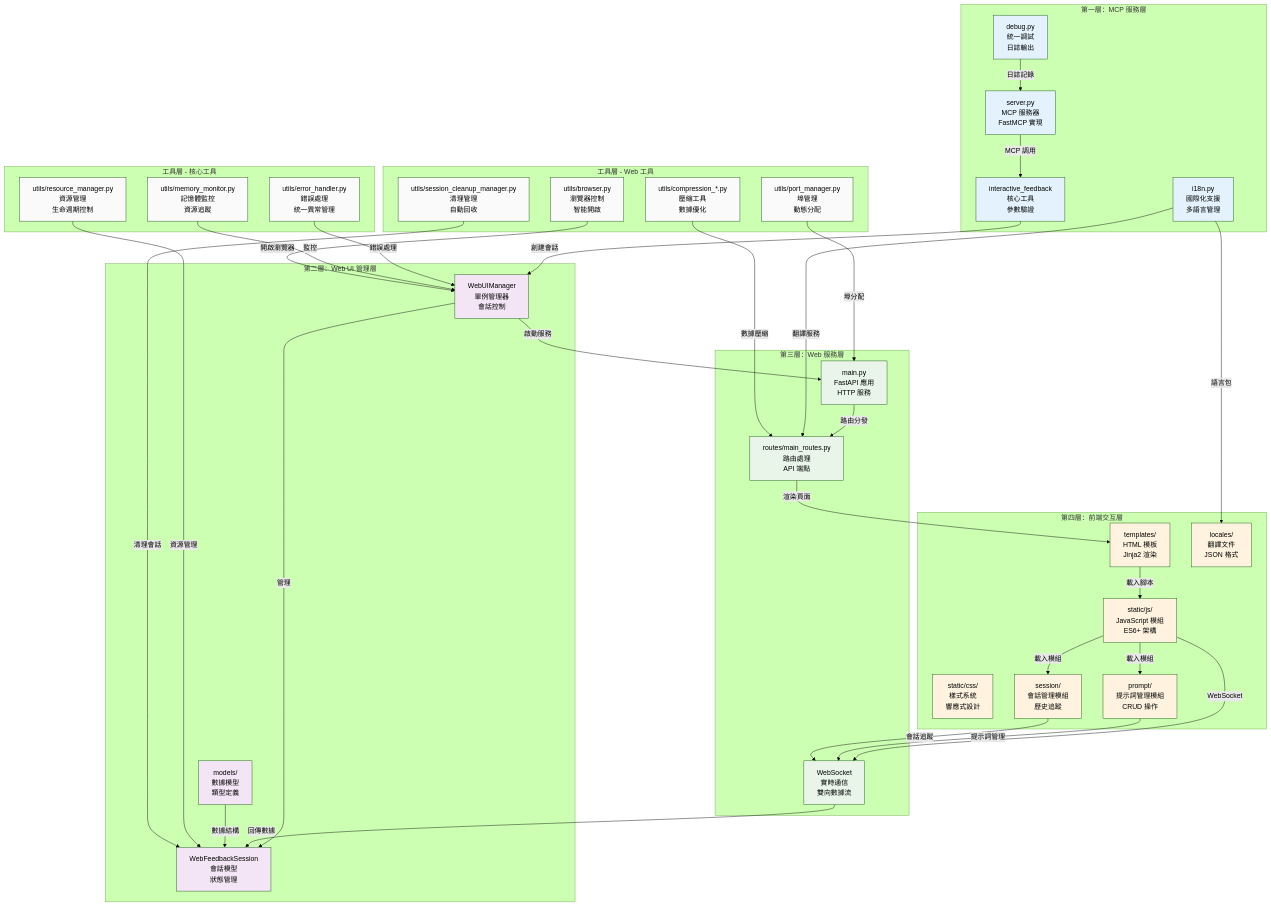
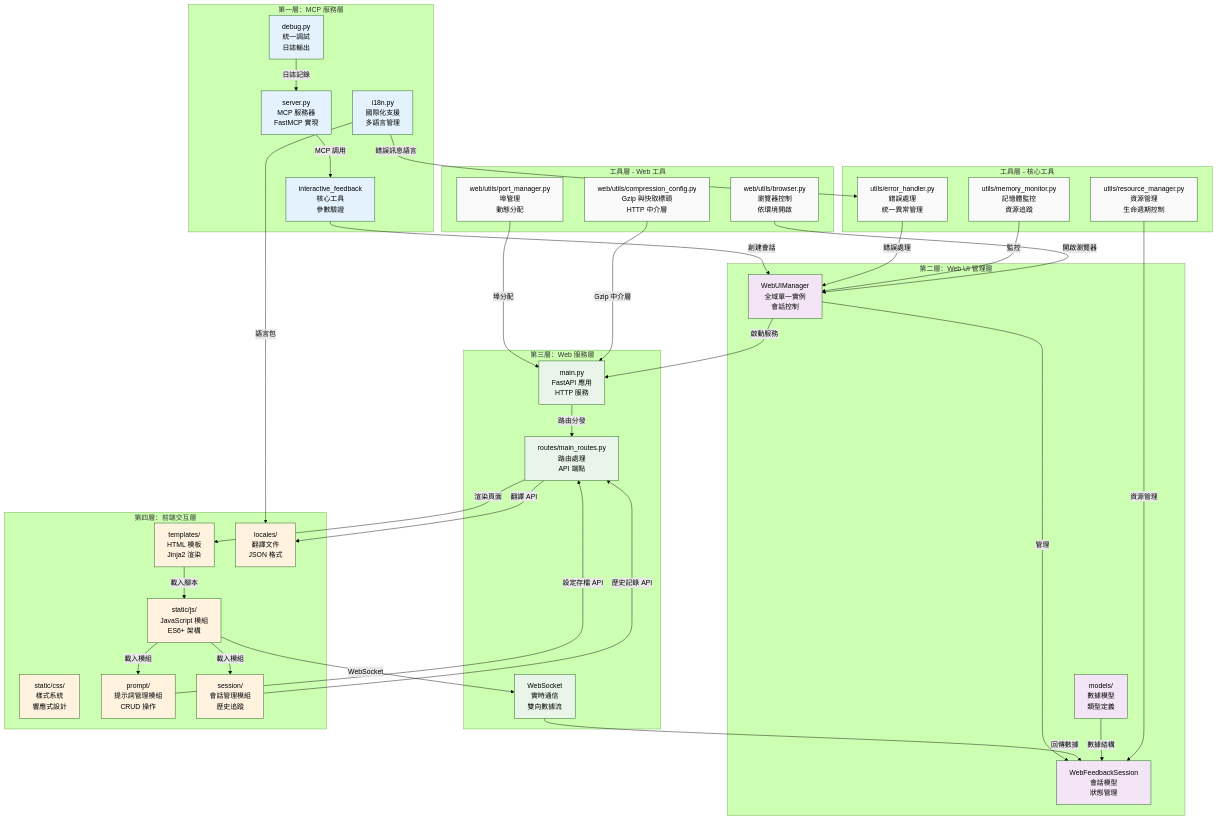
The first of 12 diagrams in docs/architecture/component-details.md (CloudEngineHub/mcp-feedback-enhanced), drawn with Mermaid (forest theme) before and after one commit. The commit also changed other lines of this file, not shown here.

Commit message:
📝 組件詳細說明改用實際的類別、方法、狀態與檔案路徑，刪除虛構的 API、錯誤碼、SSH 隧道與命令執行段落

````diff
--- a/docs/architecture/component-details.md
+++ b/docs/architecture/component-details.md
@@ -24,7 +24,7 @@
     end
 
     subgraph "第二層：Web UI 管理層"
-        MANAGER[WebUIManager<br/>單例管理器<br/>會話控制]
+        MANAGER[WebUIManager<br/>全域單一實例<br/>會話控制]
         SESSION[WebFeedbackSession<br/>會話模型<br/>狀態管理]
         MODELS[models/<br/>數據模型<br/>類型定義]
     end
@@ -51,10 +51,9 @@
     end
 
     subgraph "工具層 - Web 工具"
-        BROWSER[utils/browser.py<br/>瀏覽器控制<br/>智能開啟]
-        PORT[utils/port_manager.py<br/>埠管理<br/>動態分配]
-        COMPRESS[utils/compression_*.py<br/>壓縮工具<br/>數據優化]
-        CLEANUP[utils/session_cleanup_manager.py<br/>清理管理<br/>自動回收]
+        BROWSER[web/utils/browser.py<br/>瀏覽器控制<br/>依環境開啟]
+        PORT[web/utils/port_manager.py<br/>埠管理<br/>動態分配]
+        COMPRESS[web/utils/compression_config.py<br/>Gzip 與快取標頭<br/>HTTP 中介層]
     end
 
     %% 主要數據流
@@ -71,11 +70,12 @@
     %% 新功能模組
     JS -->|載入模組| PROMPT_MODULES
     JS -->|載入模組| SESSION_MODULES
-    PROMPT_MODULES -->|提示詞管理| WS
-    SESSION_MODULES -->|會話追蹤| WS
+    PROMPT_MODULES -->|設定存檔 API| ROUTES
+    SESSION_MODULES -->|歷史記錄 API| ROUTES
 
     %% 支援服務
-    I18N -->|翻譯服務| ROUTES
+    I18N -->|錯誤訊息語言| ERROR
+    ROUTES -->|翻譯 API| LOCALES
     I18N -->|語言包| LOCALES
     DEBUG -->|日誌記錄| SERVER
     MODELS -->|數據結構| SESSION
@@ -86,8 +86,7 @@
     RESOURCE -->|資源管理| SESSION
     BROWSER -->|開啟瀏覽器| MANAGER
     PORT -->|埠分配| MAIN
-    COMPRESS -->|數據壓縮| ROUTES
-    CLEANUP -->|清理會話| SESSION
+    COMPRESS -->|Gzip 中介層| MAIN
 
     %% 樣式定義
     classDef layer1 fill:#e3f2fd
@@ -100,5 +99,5 @@
     class MANAGER,SESSION,MODELS layer2
     class MAIN,ROUTES,WS layer3
     class HTML,JS,CSS,LOCALES,PROMPT_MODULES,SESSION_MODULES layer4
-    class ERROR,MEMORY,RESOURCE,BROWSER,PORT,COMPRESS,CLEANUP tools
+    class ERROR,MEMORY,RESOURCE,BROWSER,PORT,COMPRESS tools
 ```
````
